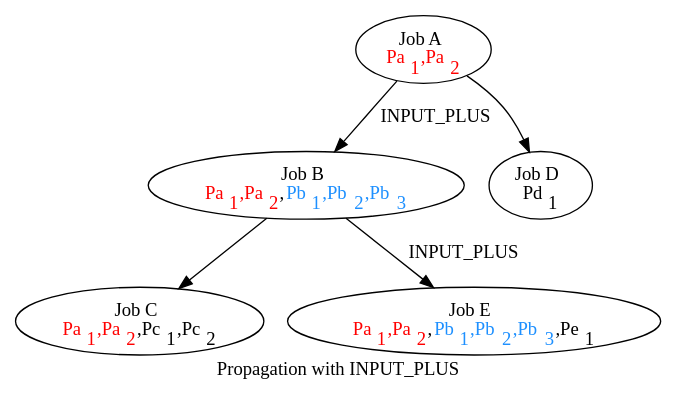
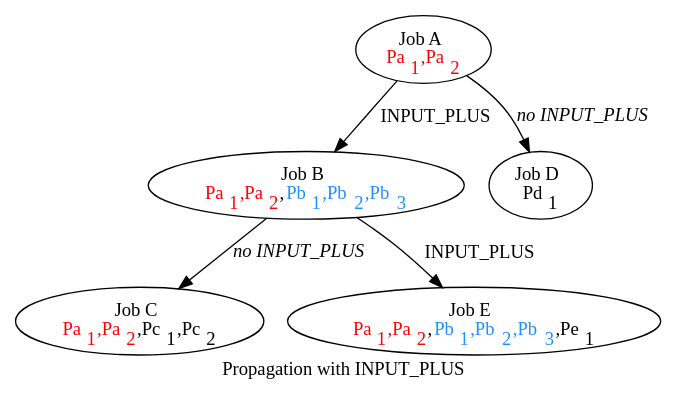
The second of 3 diagrams in docs/creating_pipelines/parameters.rst (Ensembl/ensembl-hive), drawn with Graphviz before and after one commit.

Commit message:
Because of the funny placement of tags, let's tell which edges lack INPUT_PLUS

```diff
--- a/docs/creating_pipelines/parameters.rst
+++ b/docs/creating_pipelines/parameters.rst
@@ -217,14 +217,14 @@
 .. graphviz::
 
    digraph {
       label="Propagation with INPUT_PLUS"
       A -> B [label="INPUT_PLUS"];
-      A -> D;
-      B -> C;
+      A -> D [label=<<i>no INPUT_PLUS</i>>];
+      B -> C [label=<<i>no INPUT_PLUS</i>>];
       B -> E [label="INPUT_PLUS"];
       A [label=<Job A<br/><font color='red'>Pa<sub>1</sub>,Pa<sub>2</sub></font>>]
       B [label=<Job B<br/><font color='red'>Pa<sub>1</sub>,Pa<sub>2</sub></font>,<font color='DodgerBlue'>Pb<sub>1</sub>,Pb<sub>2</sub>,Pb<sub>3</sub></font>>]
       C [label=<Job C<br/><font color='red'>Pa<sub>1</sub>,Pa<sub>2</sub></font>,Pc<sub>1</sub>,Pc<sub>2</sub>>]
       D [label=<Job D<br/>Pd<sub>1</sub>>]
       E [label=<Job E<br/><font color='red'>Pa<sub>1</sub>,Pa<sub>2</sub></font>,<font color='DodgerBlue'>Pb<sub>1</sub>,Pb<sub>2</sub>,Pb<sub>3</sub></font>,Pe<sub>1</sub>>]
    }
```
